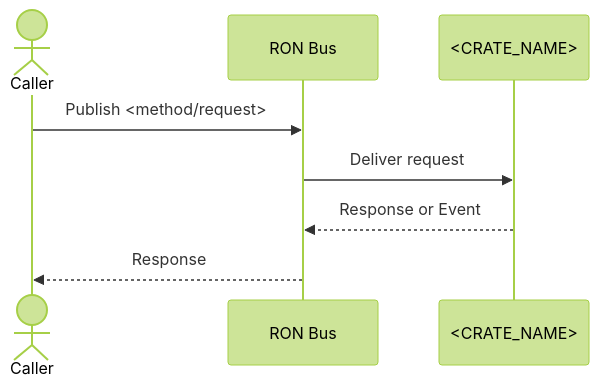
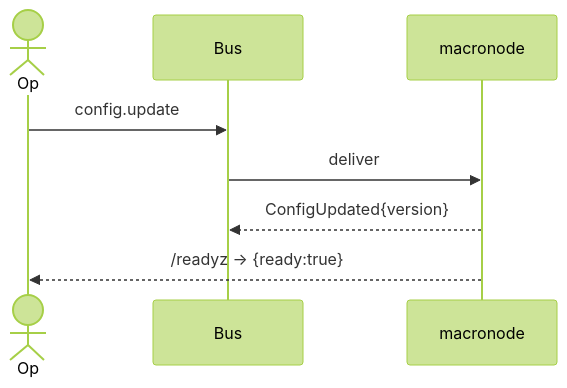
Before and after one commit to Y3LLOWVESTS/rustyonions: the first of 3 diagrams in crates/macronode/docs/README.MD, drawn with Mermaid (forest theme). The commit also changed other lines of this file and 103 other files, not shown here.

Commit message:
Scaffolded out macronode crate, documentation complete

````diff
--- a/crates/macronode/docs/README.MD
+++ b/crates/macronode/docs/README.MD
@@ -106,10 +105,10 @@
 ```mermaid
 sequenceDiagram
-  actor Caller
-  participant Bus as RON Bus
-  participant S as <CRATE_NAME>
-  Caller->>Bus: Publish <method/request>
-  Bus->>S: Deliver request
-  S-->>Bus: Response or Event
-  Bus-->>Caller: Response
+  actor Op
+  participant Bus
+  participant MN as macronode
+  Op->>Bus: config.update
+  Bus->>MN: deliver
+  MN-->>Bus: ConfigUpdated{version}
+  MN-->>Op: /readyz → {ready:true}
 ```
````
